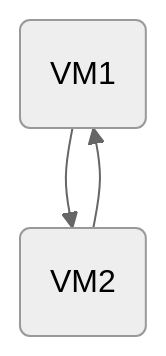
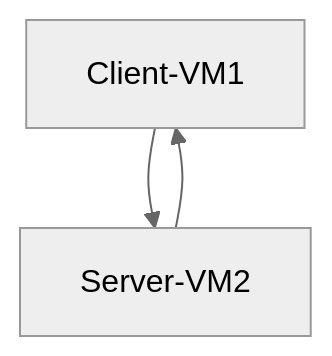
One commit to spawnmarvel/quickguides changed the diagram in amqp/Readme.md. Above: the diagram before and after it, drawn with Mermaid (neutral theme).

Commit message:
cert order

````diff
--- a/amqp/Readme.md
+++ b/amqp/Readme.md
@@ -56,5 +56,5 @@
 ```mermaid
 graph TD;
-    Client(VM1)-->Server(VM2);
-    Server(VM2)-->Client(VM1);
+    Client-VM1-->Server-VM2;
+    Server-VM2-->Client-VM1;
 ```
````
